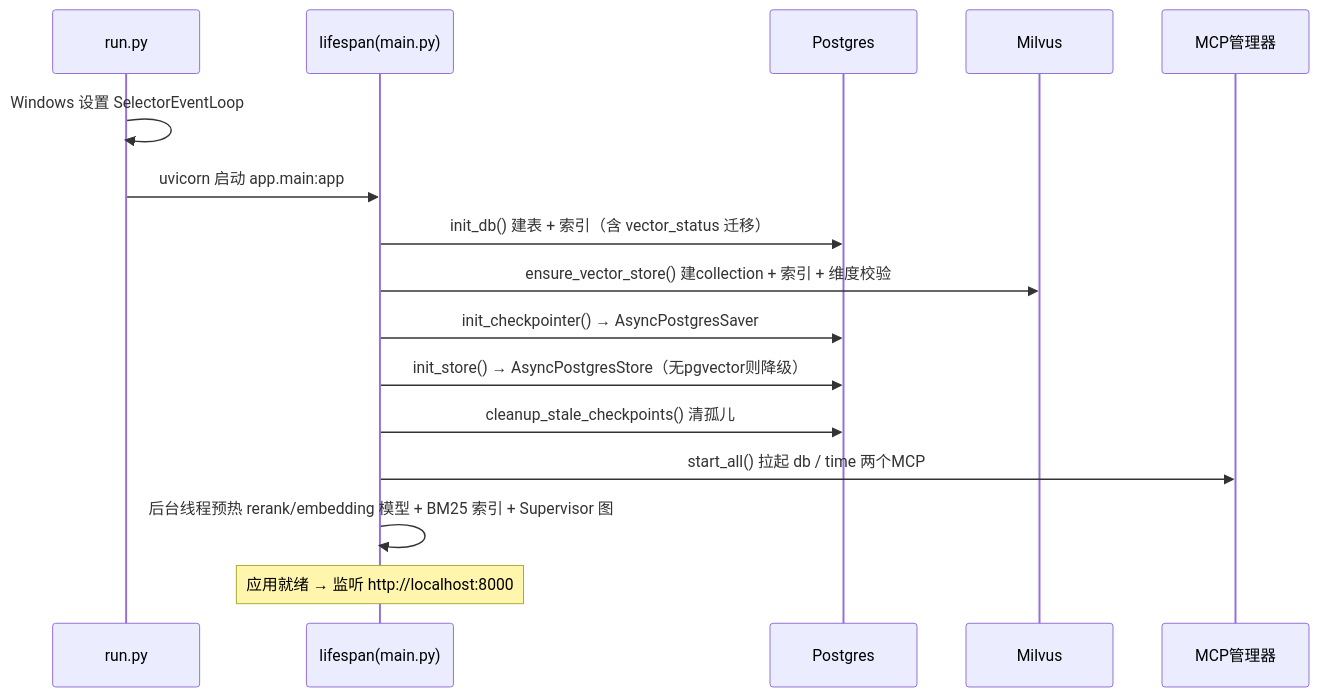
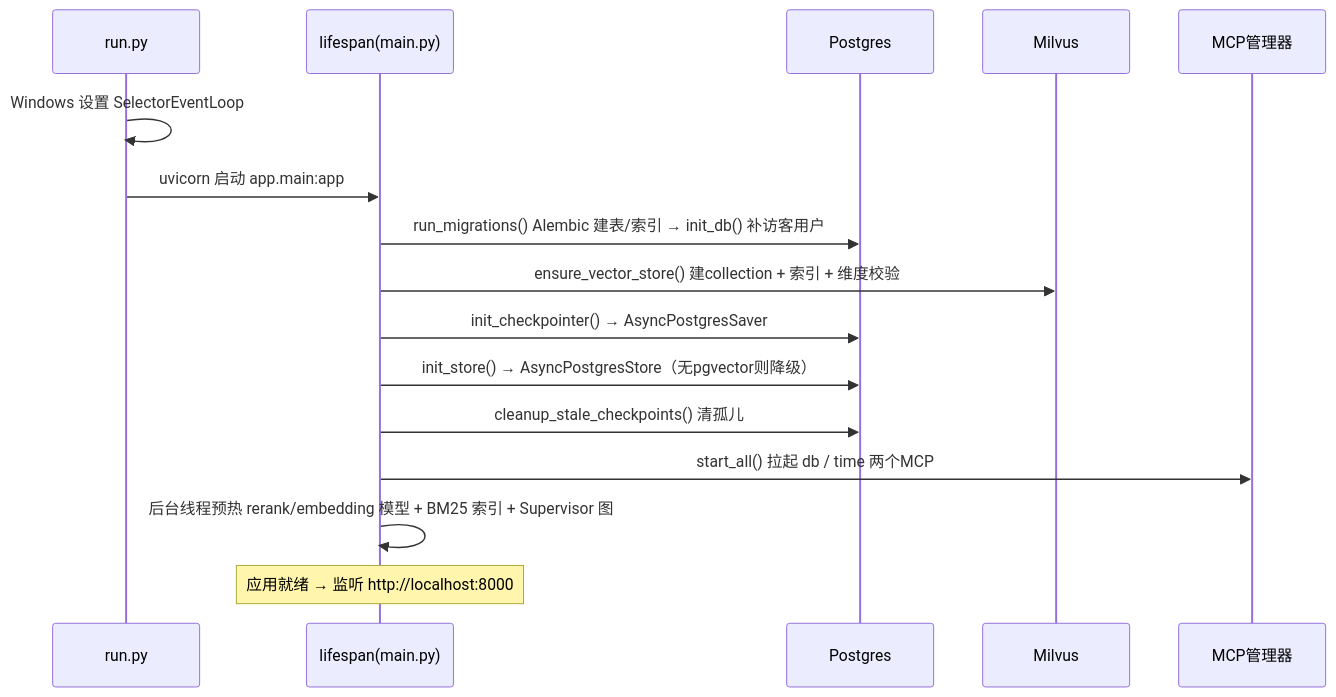
Before and after one commit to Zhuliqx/Agentchat: the second of 3 diagrams in docs/EXPLAIN.md, drawn with Mermaid. The commit also changed other lines of this file and 8 other files, not shown here.

````diff
--- a/docs/EXPLAIN.md
+++ b/docs/EXPLAIN.md
@@ -69,18 +69,18 @@
 ```mermaid
 sequenceDiagram
     participant U as run.py
     participant L as lifespan(main.py)
     participant DB as Postgres
     participant MV as Milvus
     participant M as MCP管理器
     U->>U: Windows 设置 SelectorEventLoop
     U->>L: uvicorn 启动 app.main:app
-    L->>DB: init_db() 建表 + 索引（含 vector_status 迁移）
+    L->>DB: run_migrations() Alembic 建表/索引 → init_db() 补访客用户
     L->>MV: ensure_vector_store() 建collection + 索引 + 维度校验
     L->>DB: init_checkpointer() → AsyncPostgresSaver
     L->>DB: init_store() → AsyncPostgresStore（无pgvector则降级）
     L->>DB: cleanup_stale_checkpoints() 清孤儿
     L->>M: start_all() 拉起 db / time 两个MCP
     L->>L: 后台线程预热 rerank/embedding 模型 + BM25 索引 + Supervisor 图
     Note over L: 应用就绪 → 监听 http://localhost:8000
 ```
````
